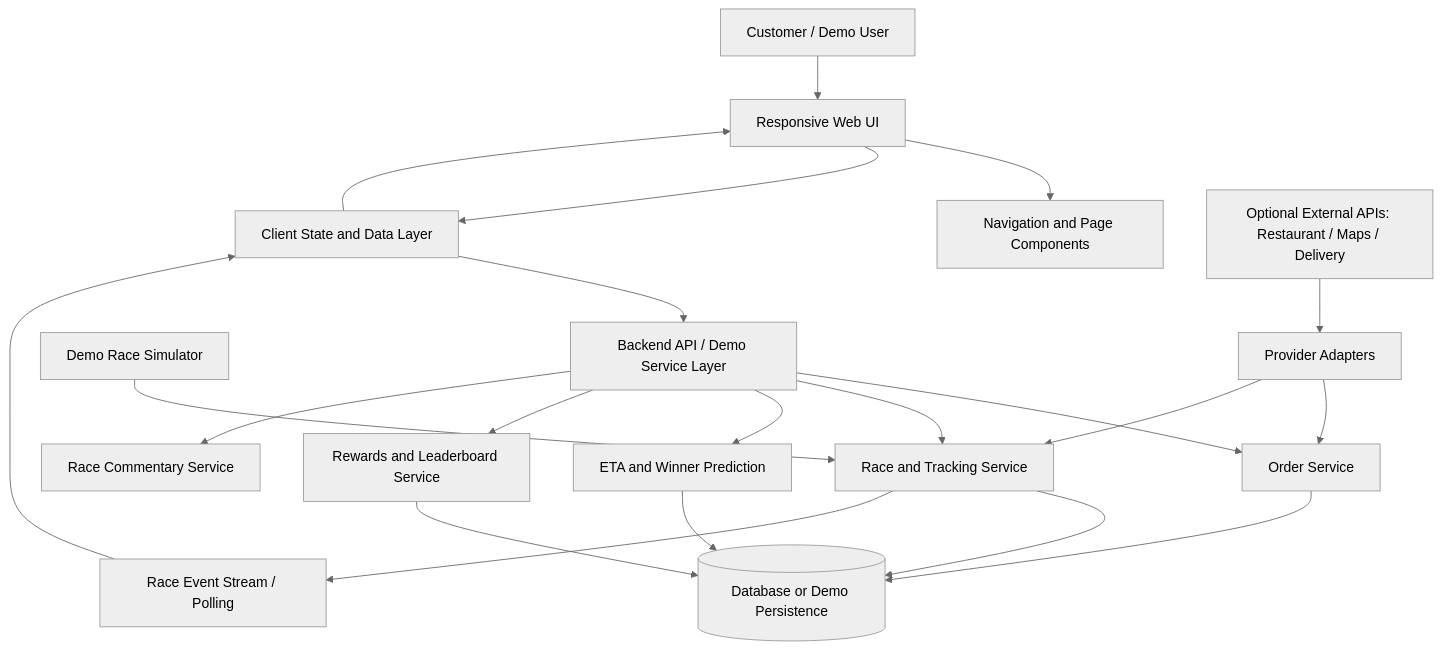
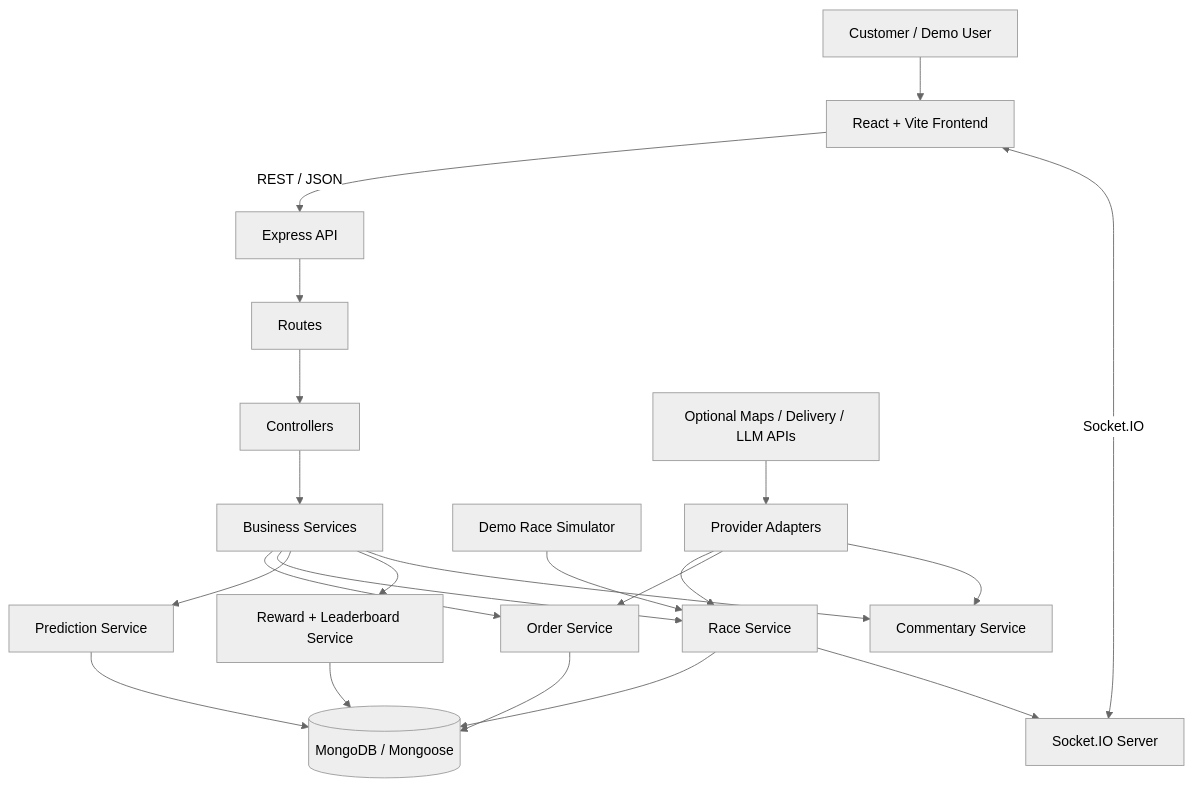
Before and after one commit to Omega-127/GADBAD-GRUB: the first of 2 diagrams in ARCHITECTURE.md, drawn with Mermaid (neutral theme). The commit also changed other lines of this file, not shown here.

````diff
--- a/ARCHITECTURE.md
+++ b/ARCHITECTURE.md
@@ -31,29 +225,30 @@
-``` mermaid
+```mermaid
 flowchart TD
-    U[Customer / Demo User] --> UI[Responsive Web UI]
+    USER[Customer / Demo User] --> CLIENT[React + Vite Frontend]
 
-    UI --> NAV[Navigation and Page Components]
-    UI --> STATE[Client State and Data Layer]
+    CLIENT -->|REST / JSON| EXPRESS[Express API]
+    CLIENT <-->|Socket.IO| SOCKET[Socket.IO Server]
 
-    STATE --> API[Backend API / Demo Service Layer]
+    EXPRESS --> ROUTES[Routes]
+    ROUTES --> CTRL[Controllers]
+    CTRL --> SERVICES[Business Services]
 
-    API --> ORDERS[Order Service]
-    API --> RACE[Race and Tracking Service]
-    API --> PRED[ETA and Winner Prediction]
-    API --> REWARD[Rewards and Leaderboard Service]
-    API --> COMMENT[Race Commentary Service]
+    SERVICES --> ORDER[Order Service]
+    SERVICES --> RACE[Race Service]
+    SERVICES --> PRED[Prediction Service]
+    SERVICES --> REWARD[Reward + Leaderboard Service]
+    SERVICES --> COMMENT[Commentary Service]
 
-    ORDERS --> DB[(Database or Demo Persistence)]
+    ORDER --> DB[(MongoDB / Mongoose)]
     RACE --> DB
     PRED --> DB
     REWARD --> DB
 
     SIM[Demo Race Simulator] --> RACE
-    EXT[Optional External APIs: Restaurant / Maps / Delivery] --> ADAPTER[Provider Adapters]
-    ADAPTER --> ORDERS
-    ADAPTER --> RACE
+    RACE --> SOCKET
 
-    RACE --> EVENTS[Race Event Stream / Polling]
-    EVENTS --> STATE
-    STATE --> UI
+    PROVIDERS[Optional Maps / Delivery / LLM APIs] --> ADAPTERS[Provider Adapters]
+    ADAPTERS --> RACE
+    ADAPTERS --> ORDER
+    ADAPTERS --> COMMENT
 ```
````
